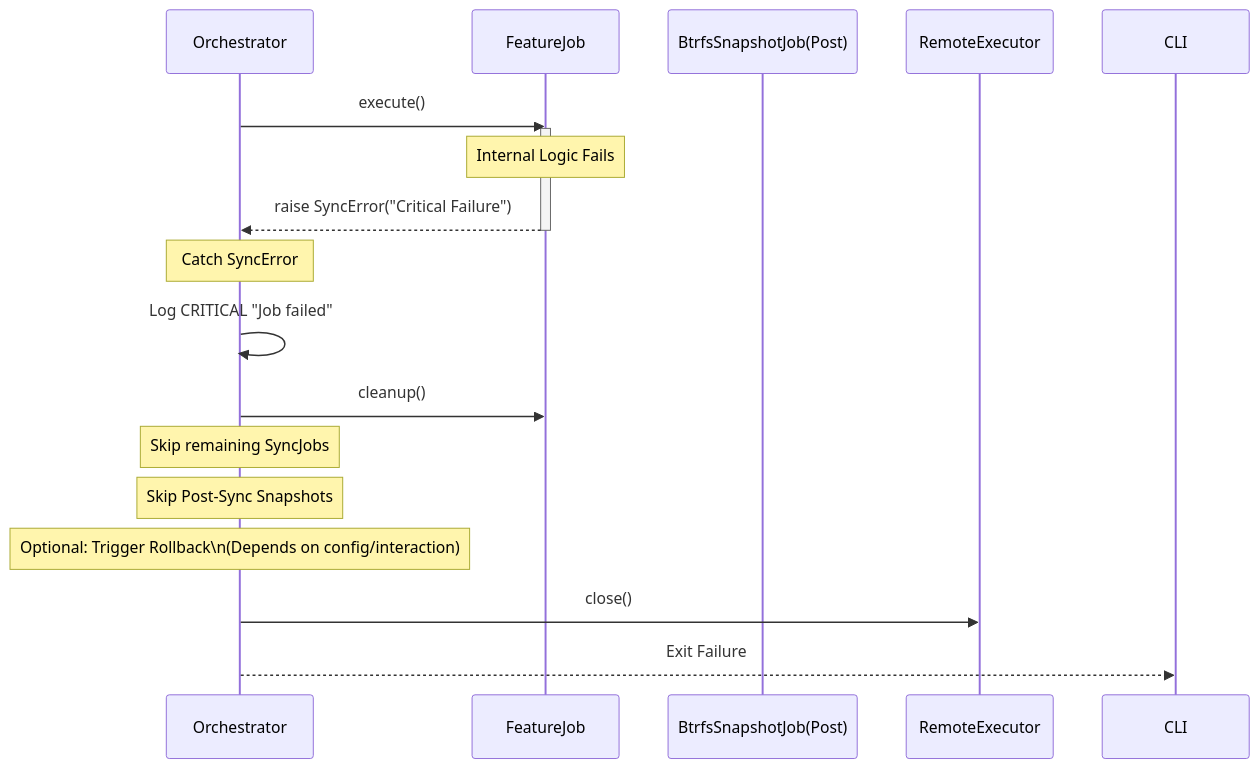
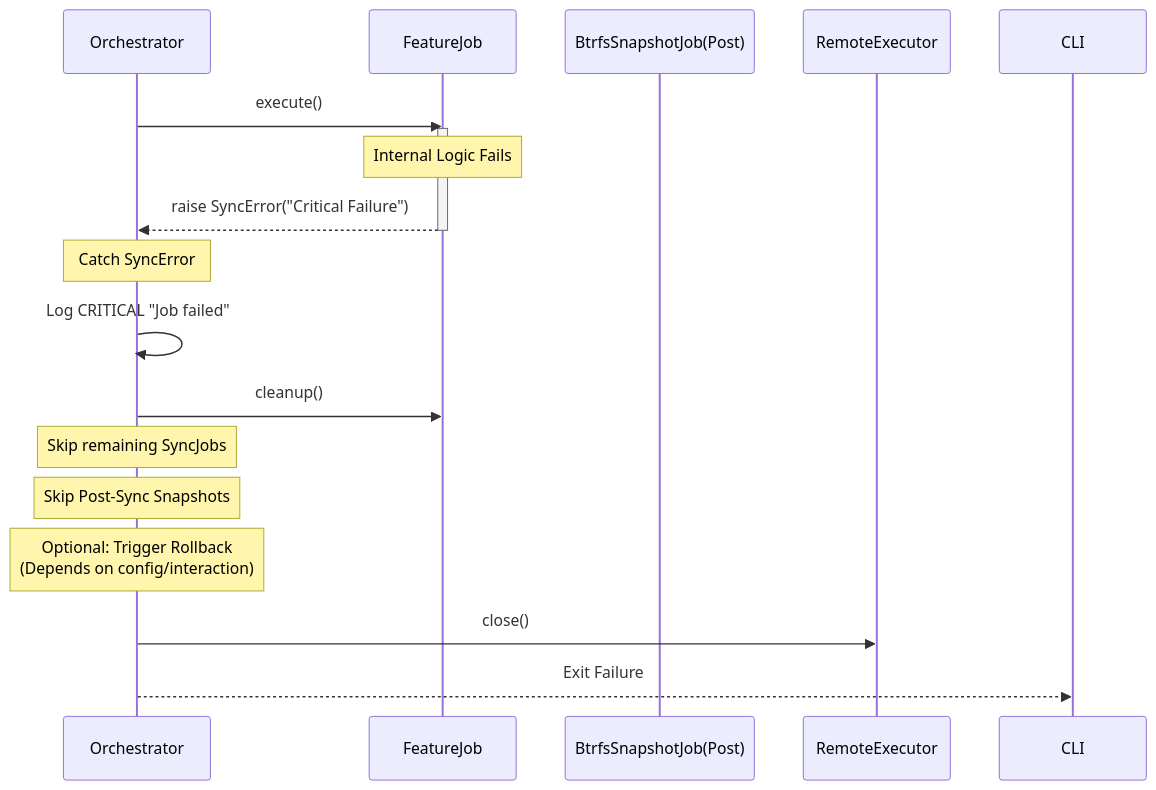
Before and after one commit to flaksit/pc-switcher: the fourth of 9 diagrams in specs/001-foundation/architecture-gemini-3.md, drawn with Mermaid. The commit also changed other lines of this file and 2 other files, not shown here.

Commit message:
(first) architecture by other AIs

````diff
--- a/specs/001-foundation/architecture-gemini-3.md
+++ b/specs/001-foundation/architecture-gemini-3.md
@@ -210,27 +210,27 @@
 ```mermaid
 sequenceDiagram
     participant Orch as Orchestrator
     participant Job as FeatureJob
     participant Snap as BtrfsSnapshotJob(Post)
     
     Orch->>Job: execute()
     activate Job
     
     Note over Job: Internal Logic Fails
     Job-->>Orch: raise SyncError("Critical Failure")
     deactivate Job
     
     Note over Orch: Catch SyncError
     
     Orch->>Orch: Log CRITICAL "Job failed"
     
     Orch->>Job: cleanup()
     
     Note over Orch: Skip remaining SyncJobs
     Note over Orch: Skip Post-Sync Snapshots
     
-    Note over Orch: Optional: Trigger Rollback\n(Depends on config/interaction)
+    Note over Orch: Optional: Trigger Rollback<br/>(Depends on config/interaction)
     
     Orch->>RemoteExecutor: close()
     Orch-->>CLI: Exit Failure
 ```
````
